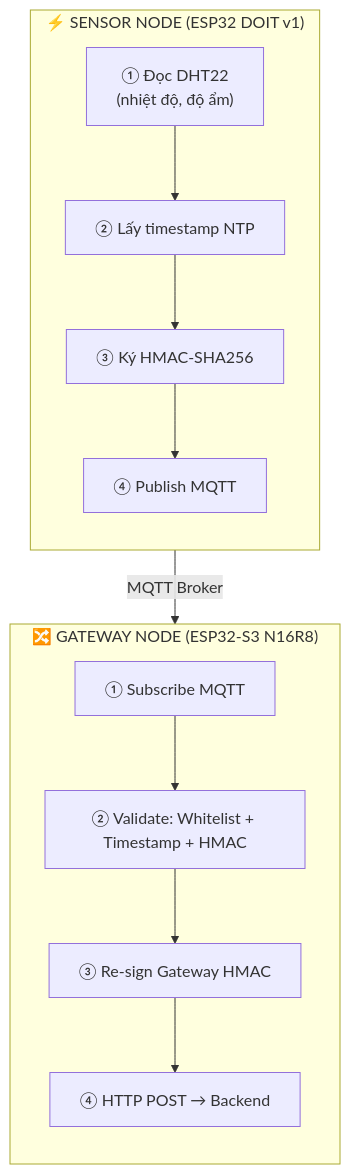
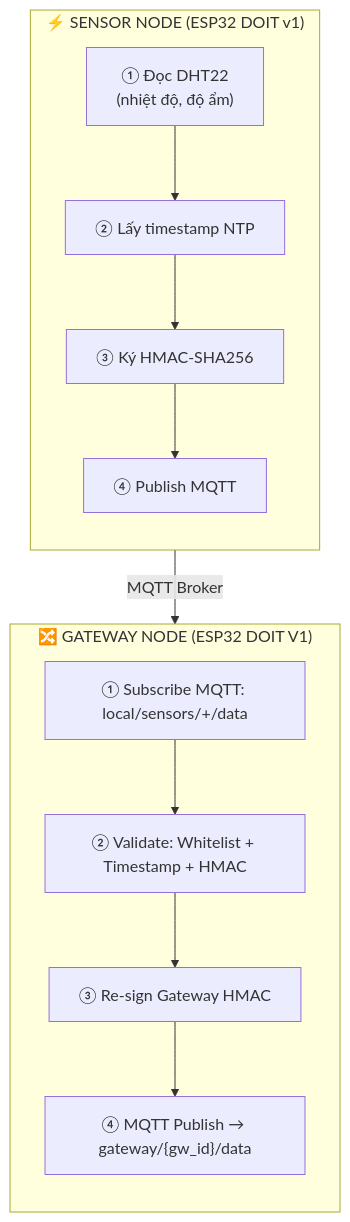
Before and after one commit to Noxxsanl/manageDeviceIoT: the third of 15 diagrams in FIRMWARE_FLOWCHART.md, drawn with Mermaid. The commit also changed other lines of this file and 18 other files, not shown here.

````diff
--- a/FIRMWARE_FLOWCHART.md
+++ b/FIRMWARE_FLOWCHART.md
@@ -72,22 +74,22 @@
 ```mermaid
 flowchart TD
     subgraph SN_BOX ["⚡ SENSOR NODE (ESP32 DOIT v1)"]
         direction TB
         S1["① Đọc DHT22\n(nhiệt độ, độ ẩm)"]
         S2["② Lấy timestamp NTP"]
         S3["③ Ký HMAC-SHA256"]
         S4["④ Publish MQTT"]
         S1 --> S2 --> S3 --> S4
     end
 
-    subgraph GW_BOX ["🔀 GATEWAY NODE (ESP32-S3 N16R8)"]
+    subgraph GW_BOX ["🔀 GATEWAY NODE (ESP32 DOIT V1)"]
         direction TB
-        G1["① Subscribe MQTT"]
+        G1["① Subscribe MQTT: local/sensors/+/data"]
         G2["② Validate: Whitelist + Timestamp + HMAC"]
         G3["③ Re-sign Gateway HMAC"]
-        G4["④ HTTP POST → Backend"]
+        G4["④ MQTT Publish → gateway/{gw_id}/data"]
         G1 --> G2 --> G3 --> G4
     end
 
     S4 -->|"MQTT Broker"| G1
 ```
````
